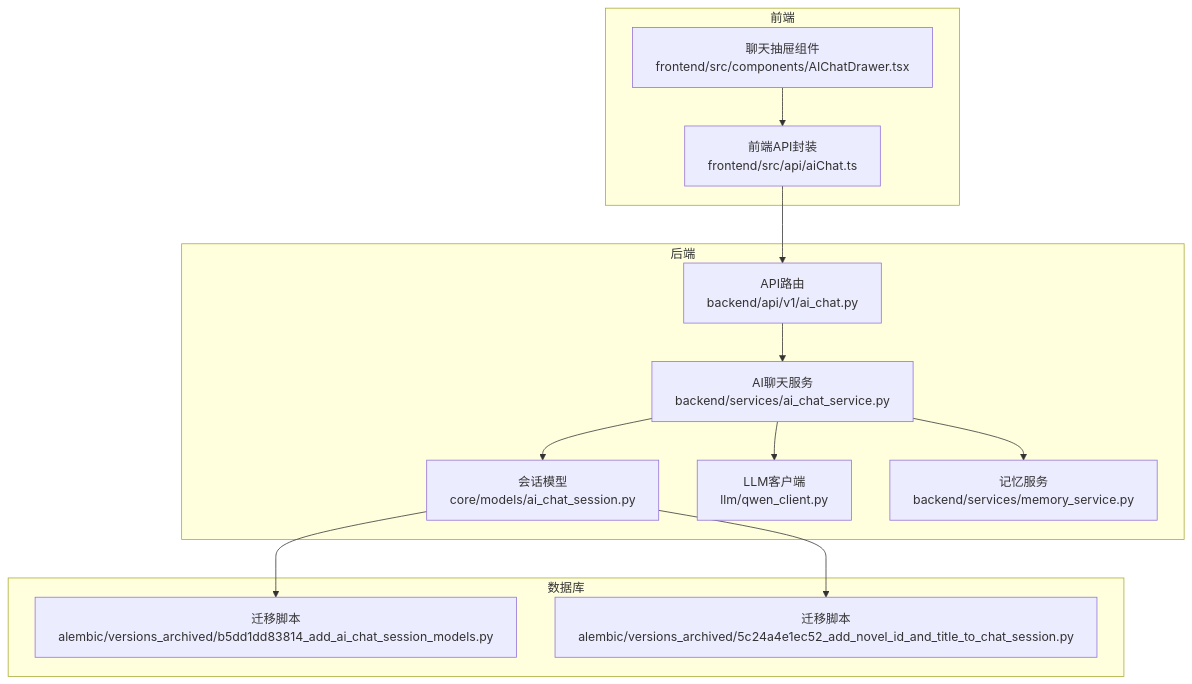
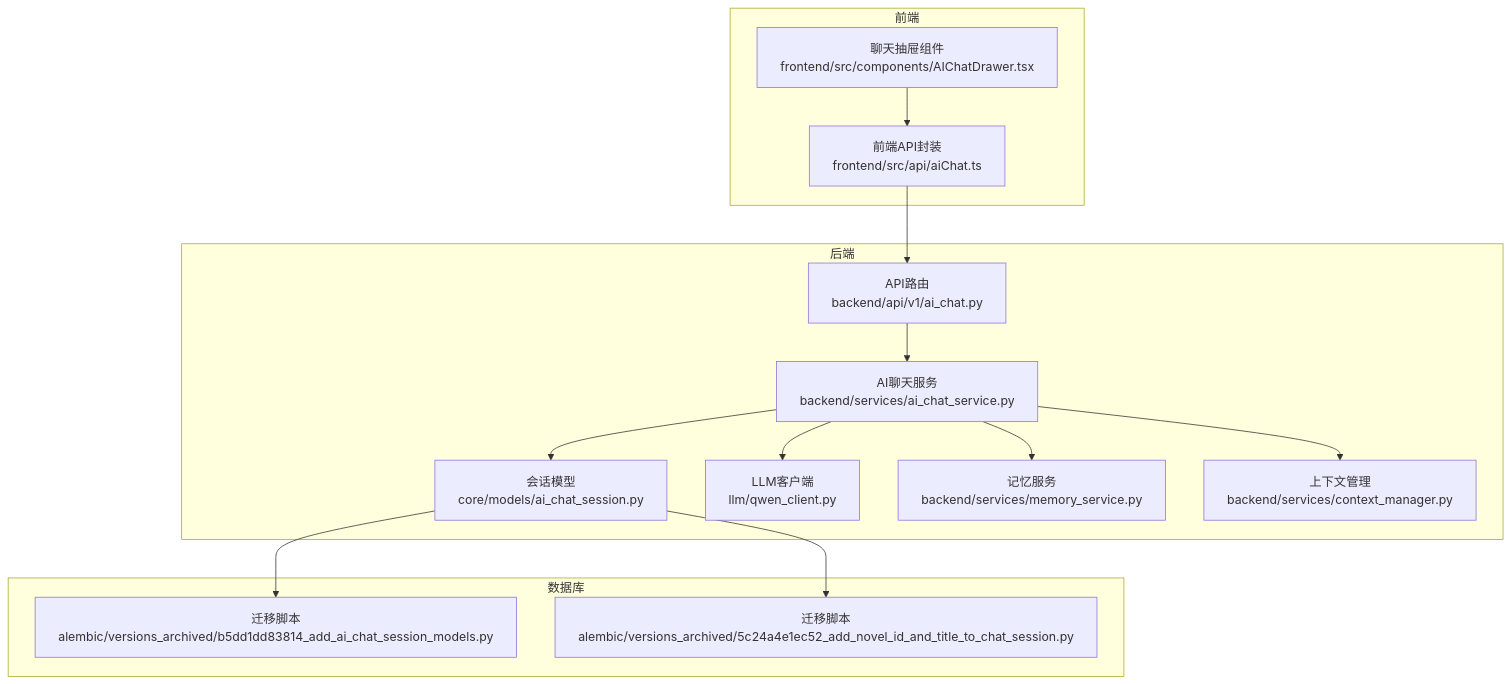
One commit to xfbyxq/ai-novel-system changed the first of 9 diagrams in .qoder/repowiki/zh/content/API接口文档/AI聊天API.md. Above: the diagram before and after it, drawn with Mermaid. The commit also changed other lines of this file and 29 other files, not shown here.

````diff
--- a/.qoder/repowiki/zh/content/API接口文档/AI聊天API.md
+++ b/.qoder/repowiki/zh/content/API接口文档/AI聊天API.md
@@ -48,26 +50,28 @@
 ```mermaid
 graph TB
 subgraph "后端"
 API["API路由<br/>backend/api/v1/ai_chat.py"]
 SVC["AI聊天服务<br/>backend/services/ai_chat_service.py"]
 MODEL["会话模型<br/>core/models/ai_chat_session.py"]
 LLM["LLM客户端<br/>llm/qwen_client.py"]
 MEM["记忆服务<br/>backend/services/memory_service.py"]
+CTX["上下文管理<br/>backend/services/context_manager.py"]
 end
 subgraph "前端"
 FE_API["前端API封装<br/>frontend/src/api/aiChat.ts"]
 FE_UI["聊天抽屉组件<br/>frontend/src/components/AIChatDrawer.tsx"]
 end
 subgraph "数据库"
 MIG["迁移脚本<br/>alembic/versions_archived/b5dd1dd83814_add_ai_chat_session_models.py"]
 MIG2["迁移脚本<br/>alembic/versions_archived/5c24a4e1ec52_add_novel_id_and_title_to_chat_session.py"]
 end
 FE_API --> API
 FE_UI --> FE_API
 API --> SVC
 SVC --> MODEL
 SVC --> LLM
 SVC --> MEM
+SVC --> CTX
 MODEL --> MIG
 MODEL --> MIG2
 ```
````
